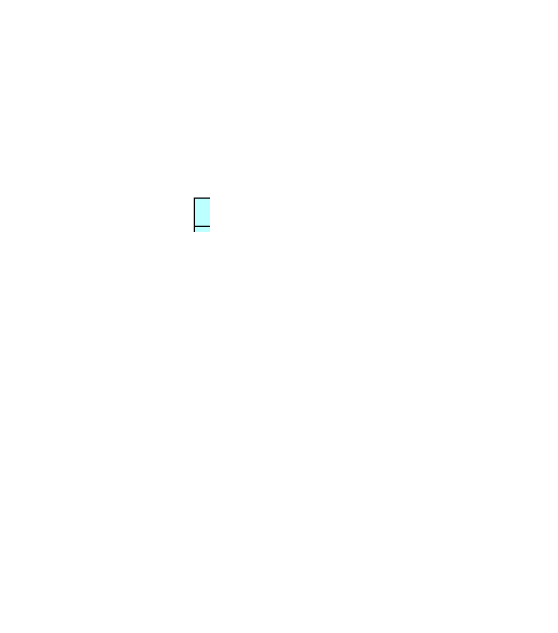
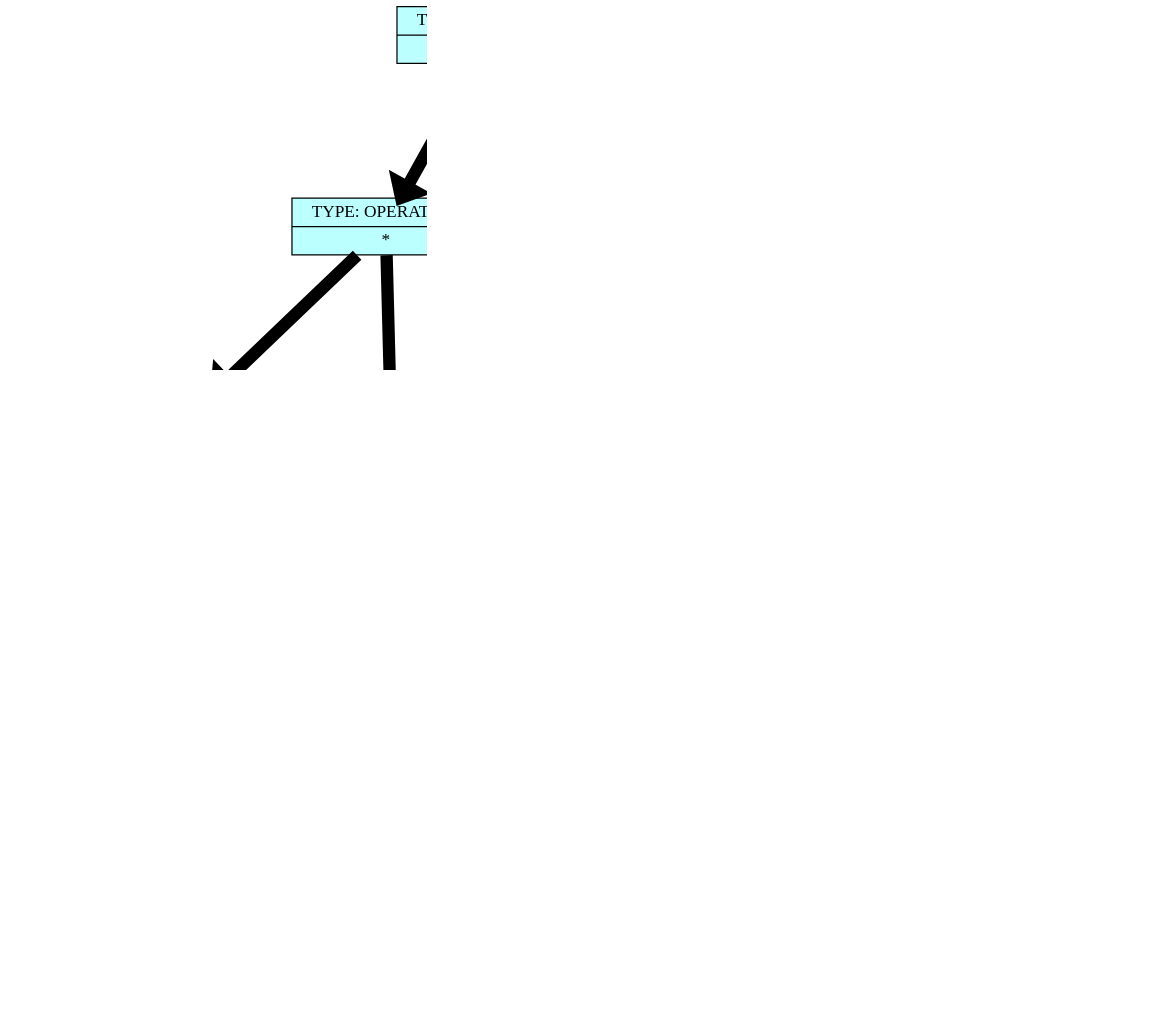
The diagram in dump/list_graph.dot (Troll0ton/Differentiator), drawn with Graphviz before and after one commit. The commit also changed 95 other files, not shown here.

```diff
--- a/dump/list_graph.dot
+++ b/dump/list_graph.dot
@@ -1,26 +1,50 @@
 digraph structs {    
 rankdir = TB;        
 graph [dpi = 200];   
 ranksep = 1.5;       
 edge[penwidth = 10]; 
 cell0 [style = filled, color = black, shape=record, 
-fillcolor = paleturquoise1, label = " { <ptr> TYPE: OPERATION | /} " ];                         
+fillcolor = paleturquoise1, label = " { <ptr> TYPE: OPERATION | +} " ];                         
 cell1 [style = filled, color = black, shape=record, 
 fillcolor = paleturquoise1, label = " { <ptr> TYPE: OPERATION | *} " ];                         
 cell2 [style = filled, color = black, shape=record, 
-fillcolor = paleturquoise1, label = " { <ptr> TYPE: OPERATION | +} " ];                         
+fillcolor = paleturquoise1, label = " { <ptr> TYPE: OPERATION | /} " ];                         
 cell3 [style = filled, color = black, shape=record, 
 fillcolor = coral2, label = " { <ptr> TYPE: NUMERIC | 100} " ];                         
 cell4 [style = filled, color = black, shape=record, 
-fillcolor = coral2, label = " { <ptr> TYPE: NUMERIC | 788.779} " ];                         
+fillcolor = coral2, label = " { <ptr> TYPE: NUMERIC | 40} " ];                         
 cell5 [style = filled, color = black, shape=record, 
-fillcolor = darkolivegreen2, label = " { <ptr> TYPE: VARIABLE | x} " ];                         
+fillcolor = coral2, label = " { <ptr> TYPE: NUMERIC | 12} " ];                         
 cell6 [style = filled, color = black, shape=record, 
-fillcolor = coral2, label = " { <ptr> TYPE: NUMERIC | 52.1} " ];                         
+fillcolor = paleturquoise1, label = " { <ptr> TYPE: OPERATION | *} " ];                         
+cell7 [style = filled, color = black, shape=record, 
+fillcolor = coral2, label = " { <ptr> TYPE: NUMERIC | 12} " ];                         
+cell8 [style = filled, color = black, shape=record, 
+fillcolor = paleturquoise1, label = " { <ptr> TYPE: OPERATION | +} " ];                         
+cell9 [style = filled, color = black, shape=record, 
+fillcolor = coral2, label = " { <ptr> TYPE: NUMERIC | 12} " ];                         
+cell10 [style = filled, color = black, shape=record, 
+fillcolor = paleturquoise1, label = " { <ptr> TYPE: OPERATION | *} " ];                         
+cell11 [style = filled, color = black, shape=record, 
+fillcolor = coral2, label = " { <ptr> TYPE: NUMERIC | 1212} " ];                         
+cell12 [style = filled, color = black, shape=record, 
+fillcolor = paleturquoise1, label = " { <ptr> TYPE: OPERATION | +} " ];                         
+cell13 [style = filled, color = black, shape=record, 
+fillcolor = coral2, label = " { <ptr> TYPE: NUMERIC | 90} " ];                         
+cell14 [style = filled, color = black, shape=record, 
+fillcolor = coral2, label = " { <ptr> TYPE: NUMERIC | 44} " ];                         
 cell0 -> cell1;
 cell1 -> cell2;
 cell2 -> cell3;
 cell2 -> cell4;
 cell1 -> cell5;
 cell0 -> cell6;
+cell6 -> cell7;
+cell6 -> cell8;
+cell8 -> cell9;
+cell8 -> cell10;
+cell10 -> cell11;
+cell10 -> cell12;
+cell12 -> cell13;
+cell12 -> cell14;
 }
```
